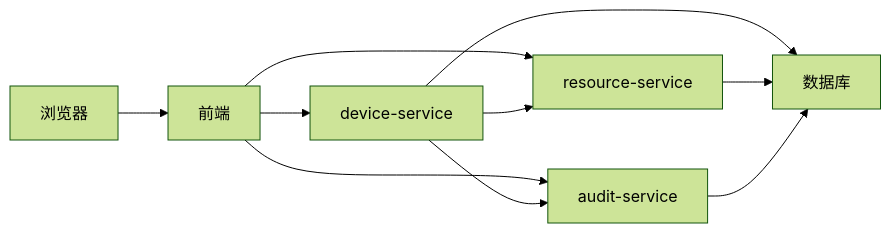
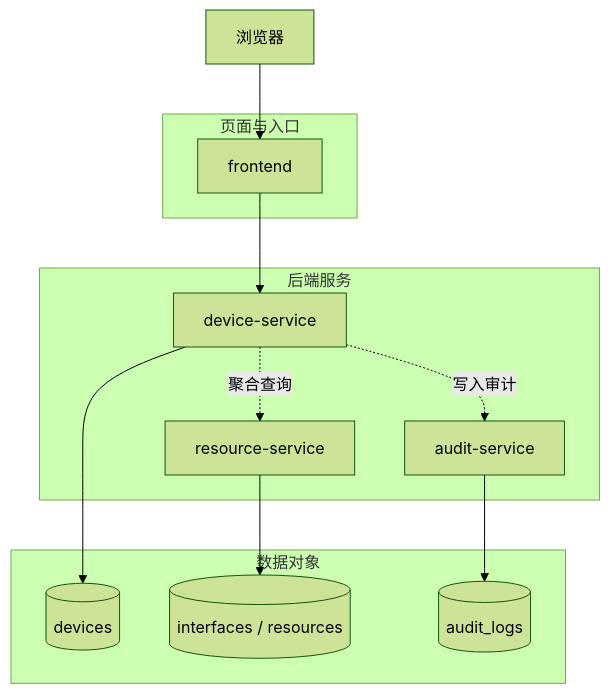
One commit to hwang-protocol/docker_k8s_2026 changed the second of 4 diagrams in k8s/06-gitops-and-automation/docs/02_app_design_and_local_preview.md. Above: the diagram before and after it, drawn with Mermaid (forest theme). The commit also changed other lines of this file and 1 other file, not shown here.

````diff
--- a/k8s/06-gitops-and-automation/docs/02_app_design_and_local_preview.md
+++ b/k8s/06-gitops-and-automation/docs/02_app_design_and_local_preview.md
@@ -112,19 +131,28 @@
 ```mermaid
-flowchart LR
+flowchart TD
   browser[浏览器]
-  frontend[前端]
-  deviceService[device-service]
-  resourceService[resource-service]
-  auditService[audit-service]
-  db[数据库]
+
+  subgraph entry[页面与入口]
+    frontend[frontend]
+  end
+
+  subgraph services[后端服务]
+    deviceService[device-service]
+    resourceService[resource-service]
+    auditService[audit-service]
+  end
+
+  subgraph data[数据对象]
+    devices[(devices)]
+    resources[(interfaces / resources)]
+    audits[(audit_logs)]
+  end
 
   browser --> frontend
   frontend --> deviceService
-  frontend --> resourceService
-  frontend --> auditService
-  deviceService --> resourceService
-  deviceService --> auditService
-  deviceService --> db
-  resourceService --> db
-  auditService --> db
+  deviceService --> devices
+  deviceService -.聚合查询.-> resourceService
+  resourceService --> resources
+  deviceService -.写入审计.-> auditService
+  auditService --> audits
 ```
````
